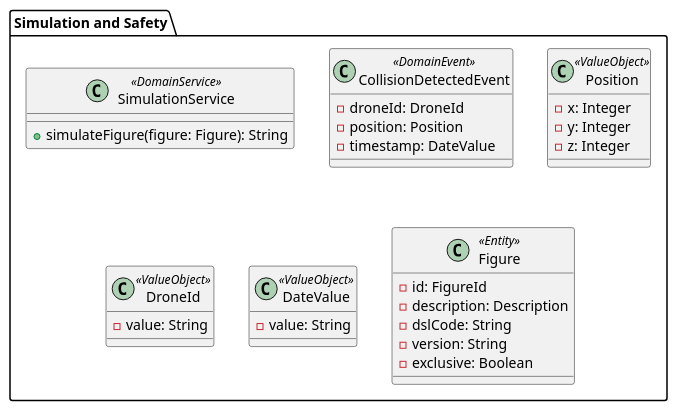
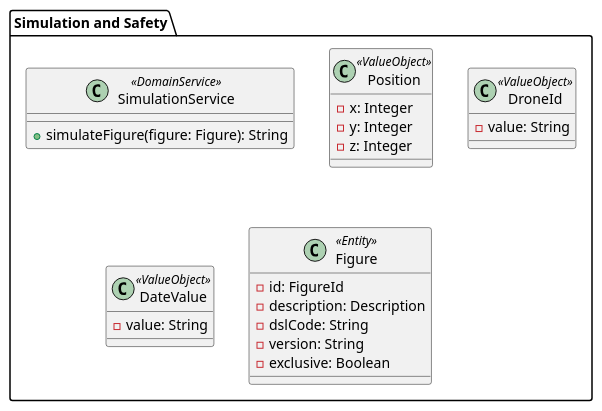
Before and after one commit to HenriqueSilva18/Drone-Show-Management-System: the diagram in docs/us_110/subDomains/domains/Simulação_e_Segurança.puml, drawn with PlantUML. The commit also changed 12 other files, not shown here.

```diff
--- a/docs/us_110/subDomains/domains/Simulação_e_Segurança.puml
+++ b/docs/us_110/subDomains/domains/Simulação_e_Segurança.puml
@@ -1,38 +1,31 @@
 @startuml
 package "Simulation and Safety" {
     ' Serviço de simulação responsável por validar figuras e shows
     class SimulationService <<DomainService>> {
        + simulateFigure(figure: Figure): String
-    }
-
-    ' Evento de domínio para detecção de colisões durante a simulação
-    class CollisionDetectedEvent <<DomainEvent>> {
-       - droneId: DroneId
-       - position: Position
-       - timestamp: DateValue
     }
 
     ' Value Object para posição 3D, utilizado na simulação
     class Position <<ValueObject>> {
        - x: Integer
        - y: Integer
        - z: Integer
     }
 
     class DroneId <<ValueObject>> {
        - value: String
     }
     class DateValue <<ValueObject>> {
        - value: String
     }
 
     ' Figura que será simulada (relação com o subdomínio de Shows e Figuras)
     class Figure <<Entity>> {
        - id: FigureId
        - description: Description
        - dslCode: String
        - version: String
        - exclusive: Boolean
     }
 }
 @enduml
```
